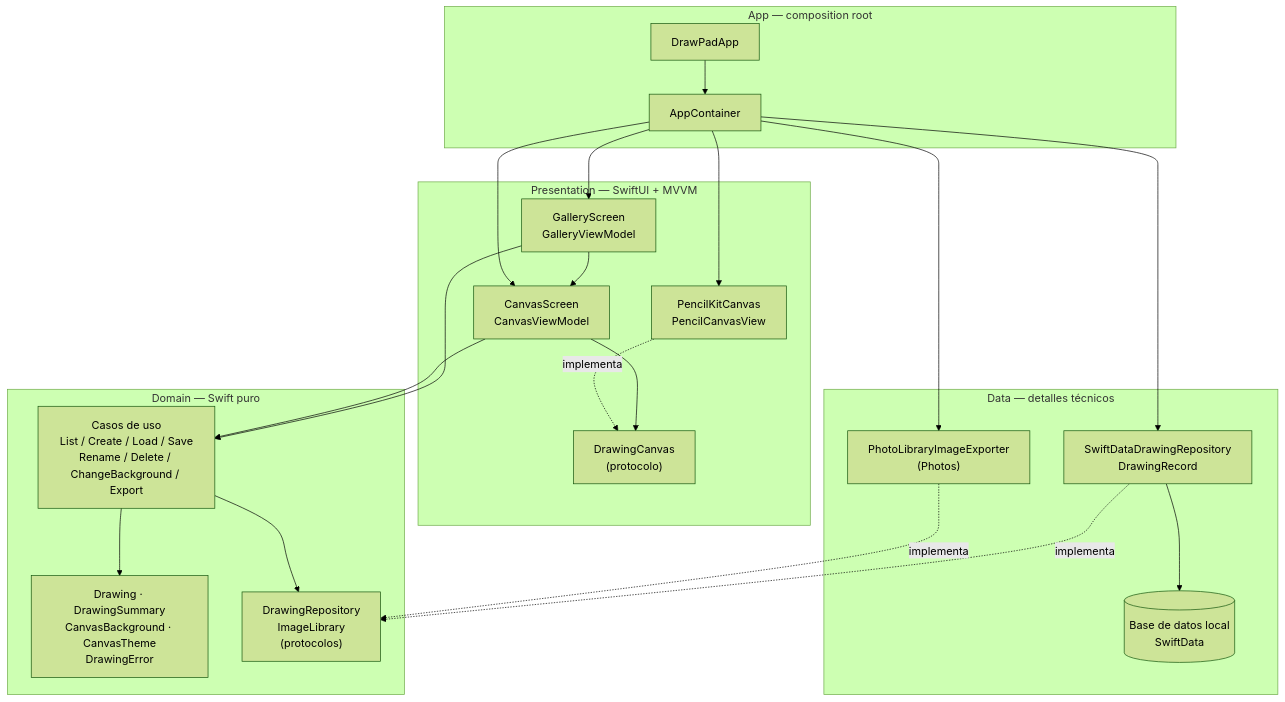
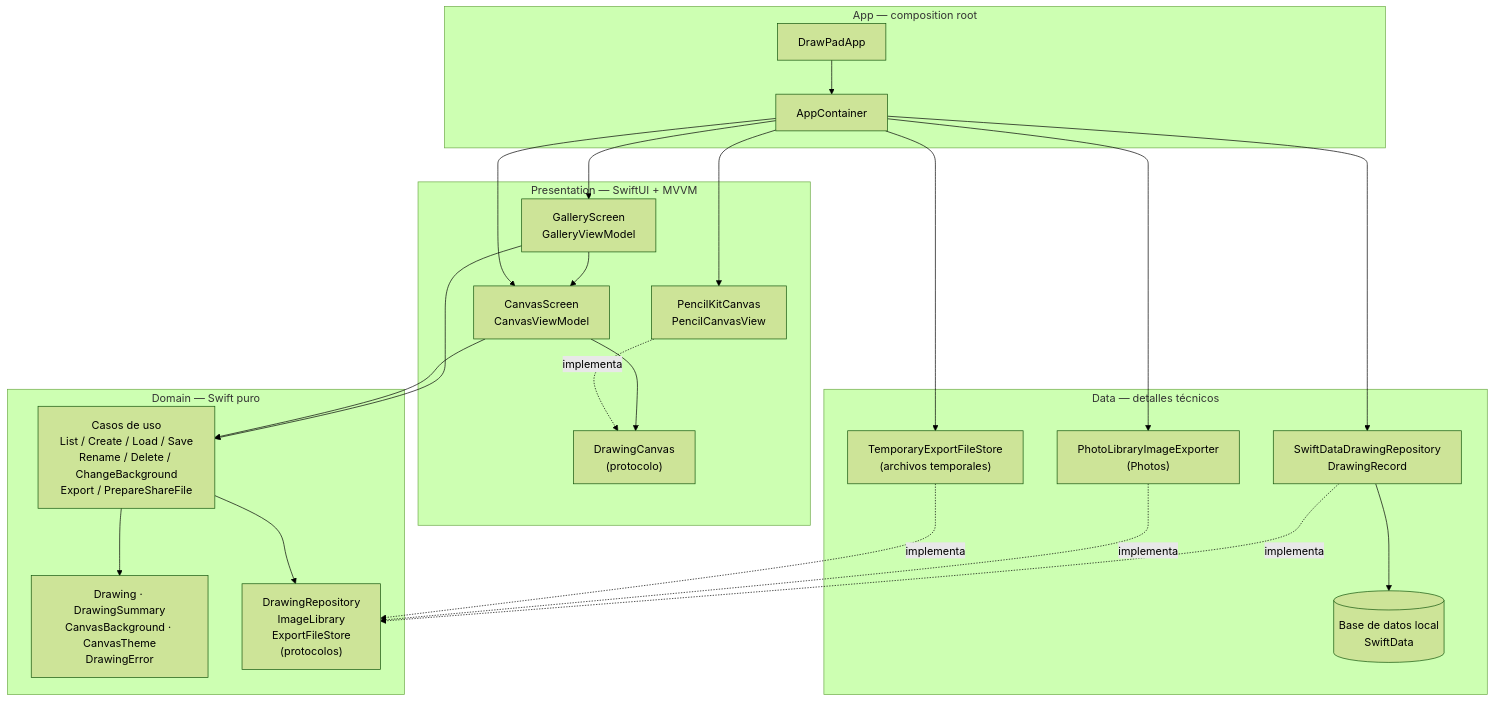
The first of 10 diagrams in docs/arquitectura.md (jhonjairo6230/DrawPad), drawn with Mermaid (forest theme) before and after one commit. The commit also changed other lines of this file and 20 other files, not shown here.

````diff
--- a/docs/arquitectura.md
+++ b/docs/arquitectura.md
@@ -13,40 +13,43 @@
 ```mermaid
 flowchart TB
     subgraph APP["App — composition root"]
         A1["DrawPadApp"]
         A2["AppContainer"]
     end
     subgraph PRES["Presentation — SwiftUI + MVVM"]
         G1["GalleryScreen<br/>GalleryViewModel"]
         P1["CanvasScreen<br/>CanvasViewModel"]
         P3["DrawingCanvas<br/>(protocolo)"]
         P4["PencilKitCanvas<br/>PencilCanvasView"]
     end
     subgraph DOM["Domain — Swift puro"]
-        D1["Casos de uso<br/>List / Create / Load / Save<br/>Rename / Delete / ChangeBackground / Export"]
+        D1["Casos de uso<br/>List / Create / Load / Save<br/>Rename / Delete / ChangeBackground<br/>Export / PrepareShareFile"]
         D2["Drawing · DrawingSummary<br/>CanvasBackground · CanvasTheme<br/>DrawingError"]
-        D3["DrawingRepository<br/>ImageLibrary<br/>(protocolos)"]
+        D3["DrawingRepository<br/>ImageLibrary<br/>ExportFileStore<br/>(protocolos)"]
     end
     subgraph DATA["Data — detalles técnicos"]
         T1["SwiftDataDrawingRepository<br/>DrawingRecord"]
         T2["PhotoLibraryImageExporter<br/>(Photos)"]
+        T4["TemporaryExportFileStore<br/>(archivos temporales)"]
         T3[("Base de datos local<br/>SwiftData")]
     end
 
     G1 --> P1
     G1 --> D1
     P1 --> P3
     P1 --> D1
     P4 -. implementa .-> P3
     D1 --> D2
     D1 --> D3
     T1 -. implementa .-> D3
     T2 -. implementa .-> D3
+    T4 -. implementa .-> D3
     T1 --> T3
     A1 --> A2
     A2 --> G1
     A2 --> P1
     A2 --> P4
     A2 --> T1
     A2 --> T2
+    A2 --> T4
 ```
````
